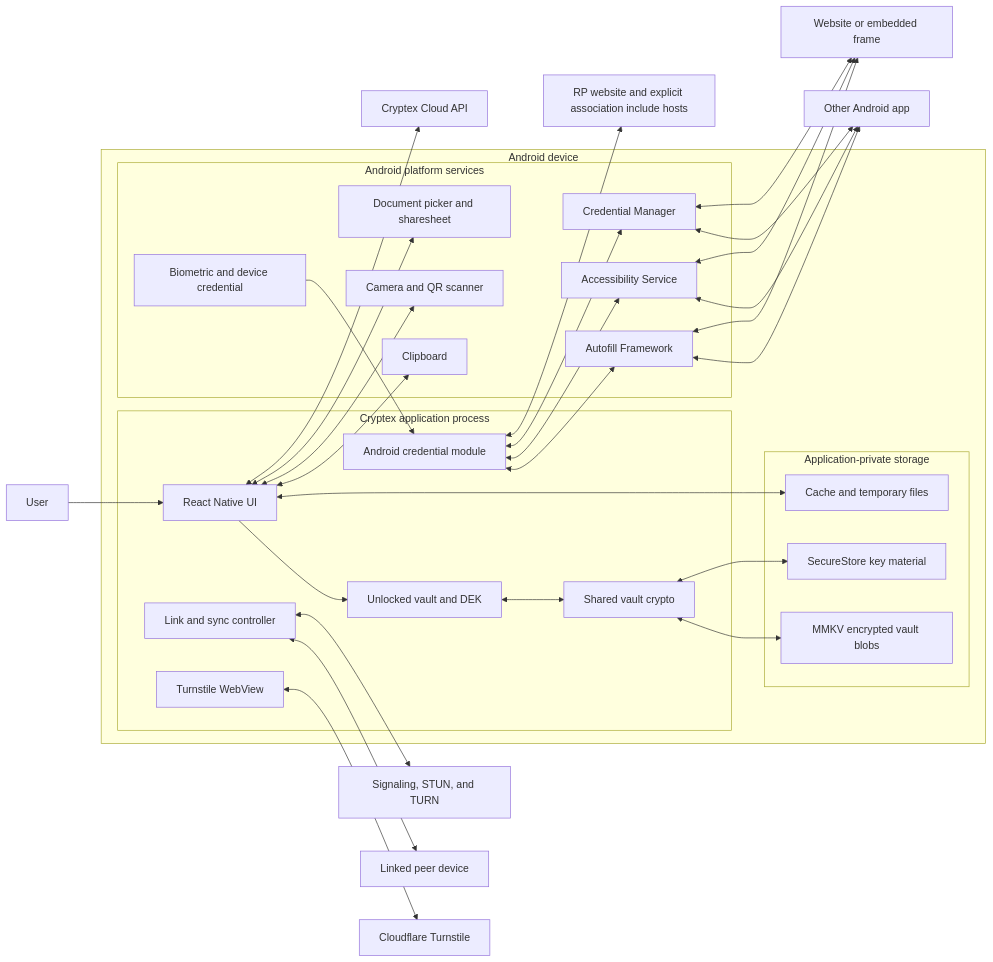
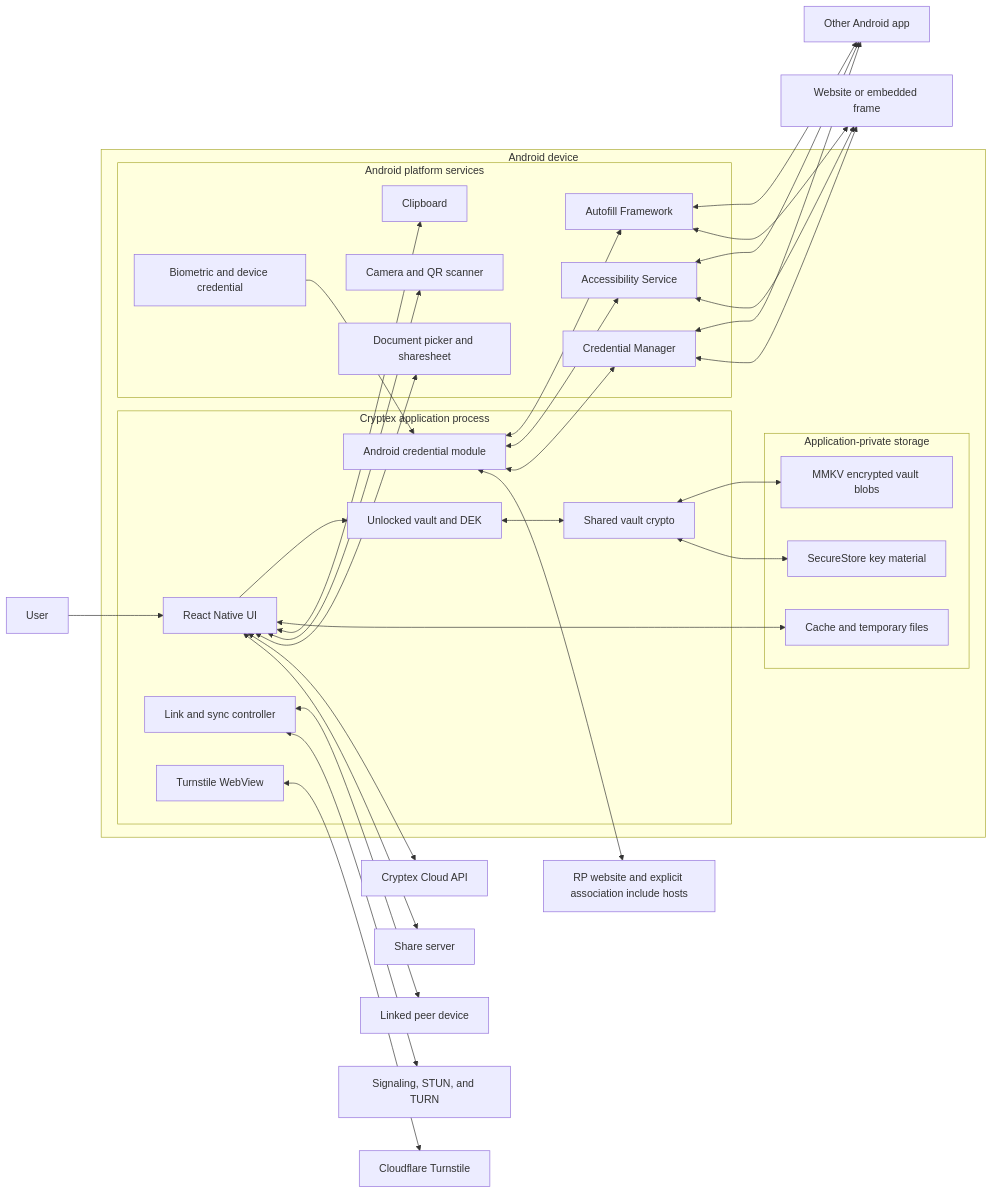
Before and after one commit to CryptexIndustries/vault-web: the diagram in mobile/threat-model.md, drawn with Mermaid. The commit also changed other lines of this file and 3 other files, not shown here.

````diff
--- a/mobile/threat-model.md
+++ b/mobile/threat-model.md
@@ -109,63 +110,65 @@
 ```mermaid
 flowchart LR
     User[User]
     WebPage[Website or embedded frame]
     OtherApp[Other Android app]
     Peer[Linked peer device]
     Cloud[Cryptex Cloud API]
     Signal[Signaling, STUN, and TURN]
     Associations[RP website and explicit association include hosts]
     Turnstile[Cloudflare Turnstile]
+    ShareServer[Share server]
 
     subgraph Device[Android device]
         subgraph App[Cryptex application process]
             UI[React Native UI]
             Session[Unlocked vault and DEK]
             Crypto[Shared vault crypto]
             Sync[Link and sync controller]
             WebView[Turnstile WebView]
             Native[Android credential module]
         end
 
         subgraph Stores[Application-private storage]
             MMKV[MMKV encrypted vault blobs]
             Secure[SecureStore key material]
             Cache[Cache and temporary files]
         end
 
         subgraph Platform[Android platform services]
             Autofill[Autofill Framework]
             Access[Accessibility Service]
             CredMan[Credential Manager]
             Bio[Biometric and device credential]
             Clipboard[Clipboard]
             Camera[Camera and QR scanner]
             Share[Document picker and sharesheet]
         end
     end
 
     User --> UI
     UI --> Session
     Session <--> Crypto
     Crypto <--> MMKV
     Crypto <--> Secure
     UI <--> Cache
     UI <--> Clipboard
     UI <--> Camera
     UI <--> Share
     Bio --> Native
     Native <--> Autofill
     Native <--> Access
     Native <--> CredMan
     Autofill <--> OtherApp
     Autofill <--> WebPage
     Access <--> OtherApp
     Access <--> WebPage
     CredMan <--> OtherApp
     CredMan <--> WebPage
     Sync <--> Peer
     Sync <--> Signal
     UI <--> Cloud
     WebView <--> Turnstile
+    UI <--> ShareServer
     Native <--> Associations
 ```
````
